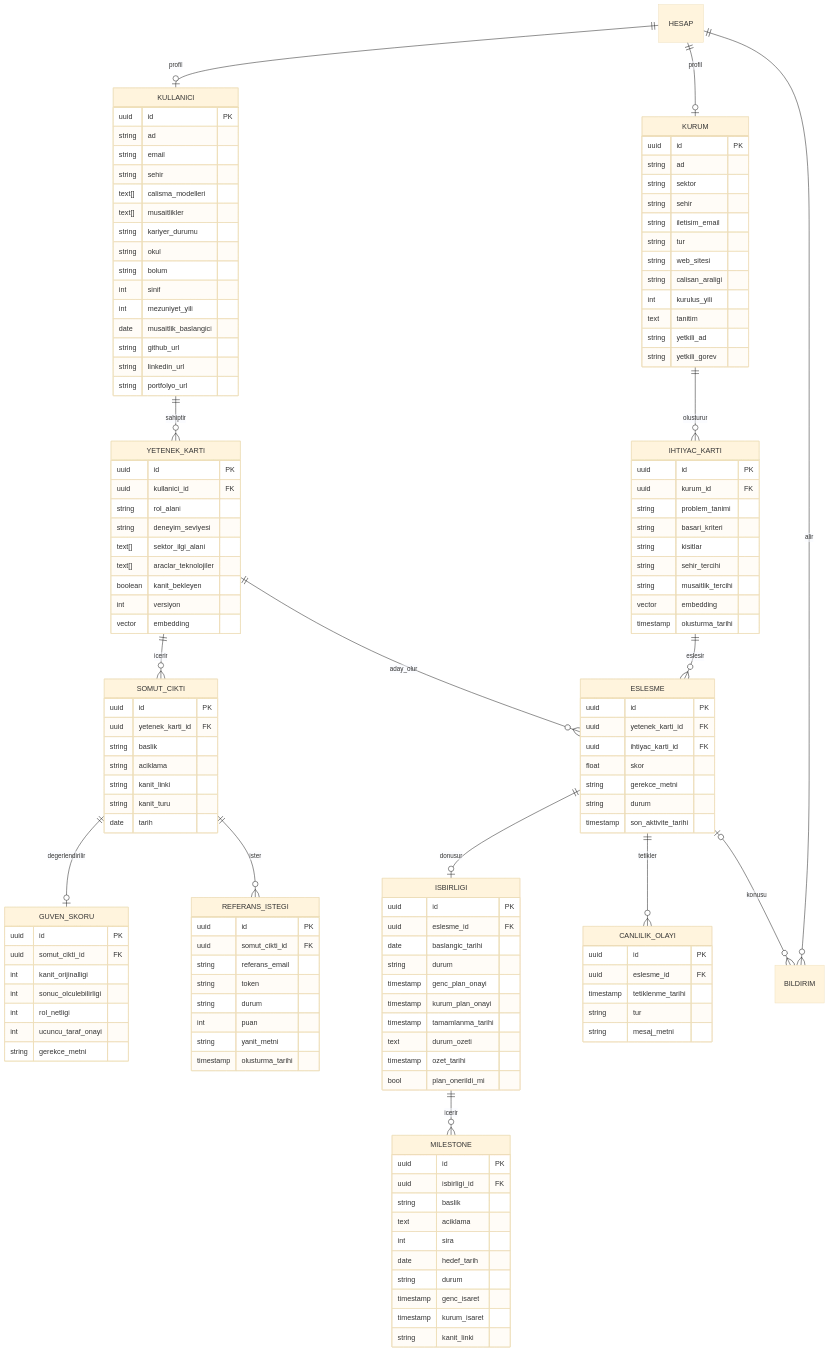
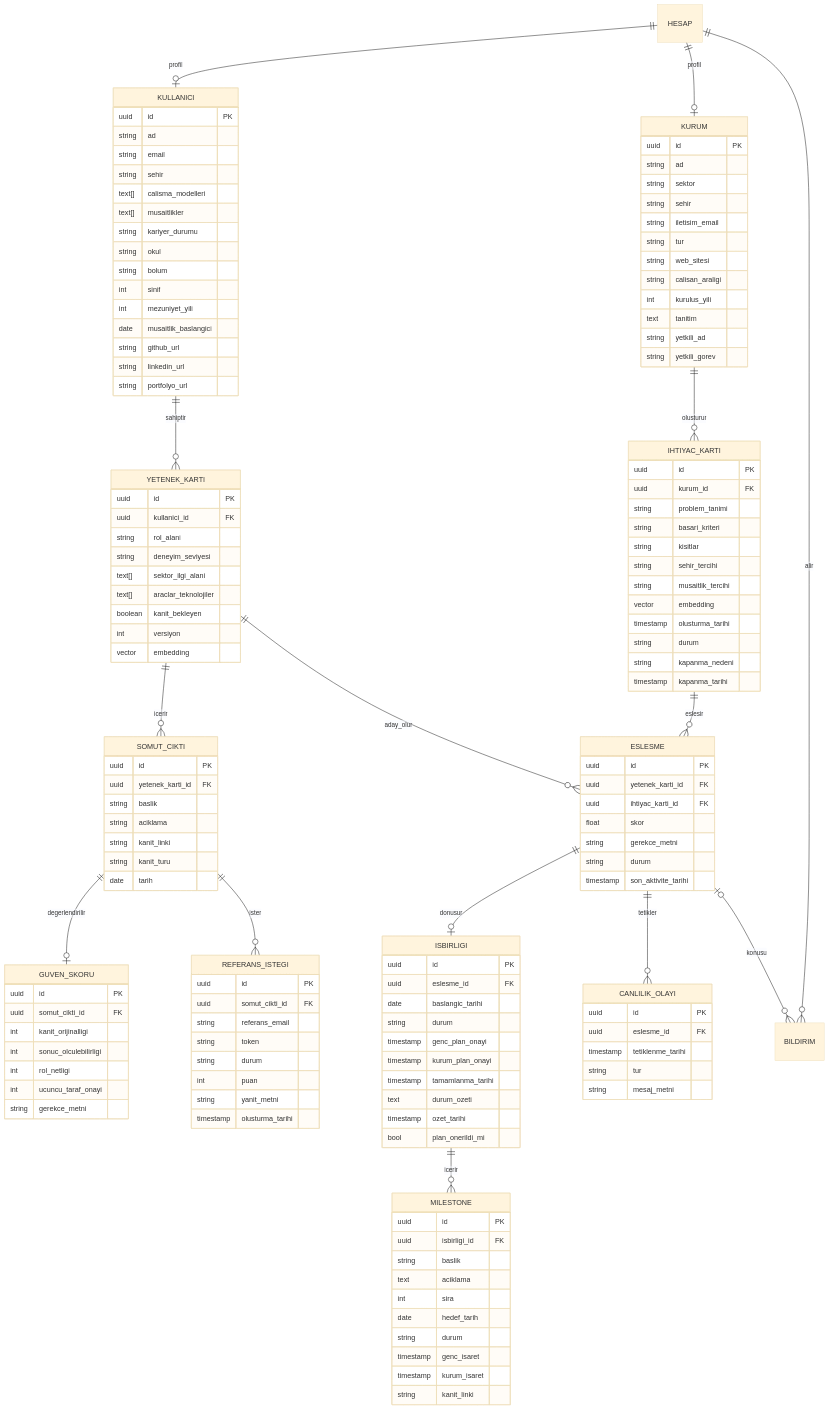
One commit to zuhrekorhn/Zemin360-Hackathon changed the diagram in docs/data-schema.md. Above: the diagram before and after it, drawn with Mermaid (base theme). The commit also changed other lines of this file and 23 other files, not shown here.

```diff
--- a/docs/data-schema.md
+++ b/docs/data-schema.md
@@ -99,6 +99,9 @@
     string musaitlik_tercihi
     vector embedding
     timestamp olusturma_tarihi
+    string durum
+    string kapanma_nedeni
+    timestamp kapanma_tarihi
   }
   ESLESME {
     uuid id PK
```
